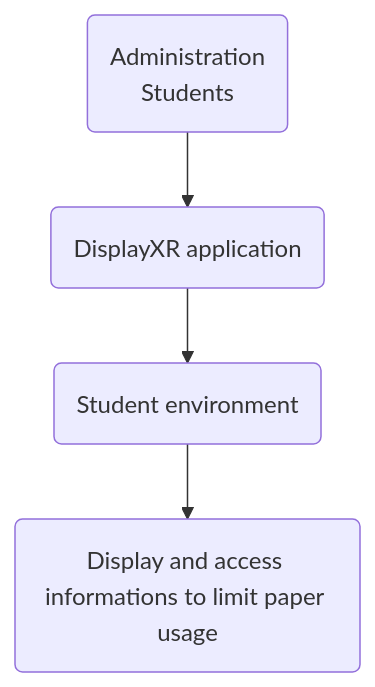
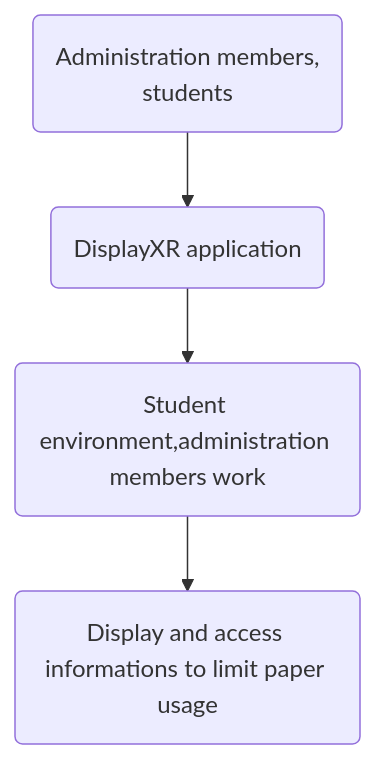
One commit to mmicastres/2024-25-sae501-ogene_thomas_maxime_evan changed the diagram in README.md. Above: the diagram before and after it, drawn with Mermaid. The commit also changed other lines of this file, not shown here.

````diff
--- a/README.md
+++ b/README.md
@@ -5,7 +6,7 @@
 ```mermaid
   graph TB;
-A(Administration
-Students)-->B( DisplayXR application)
-B-->C(Student environment)
+A(Administration members,
+students)-->B( DisplayXR application)
+B-->C(Student environment,administration members work)
 C-->D(Display and access informations to limit paper usage )
 ```
````
